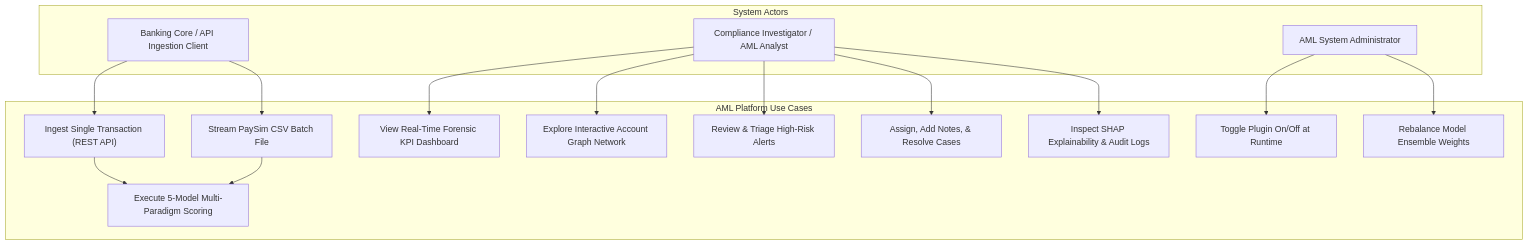
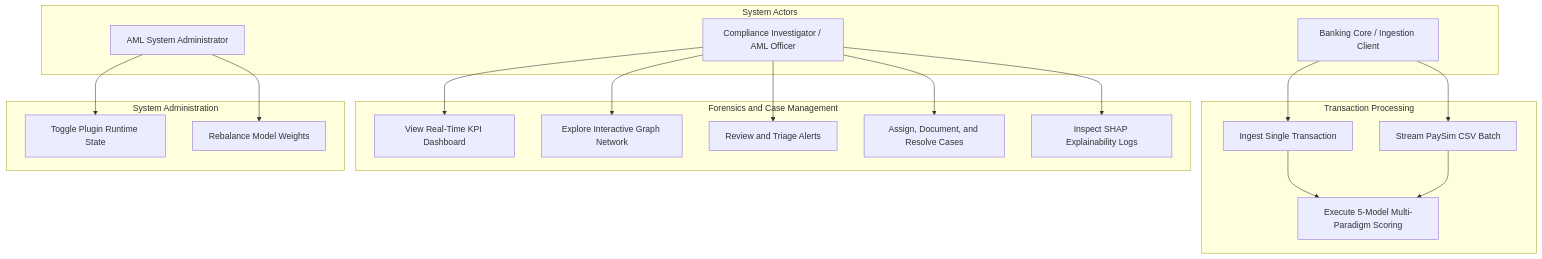
The tenth of 13 diagrams in documentation.md (BharathKumar113/anti_money_laundering), drawn with Mermaid before and after one commit. The commit also changed other lines of this file, not shown here.

Commit message:
fix(docs): resolve rich display render issues, sanitize Mermaid diagrams, and add visual layout cards

````diff
--- a/documentation.md
+++ b/documentation.md
@@ -537,26 +617,41 @@
 ```mermaid
 flowchart TD
     subgraph Actors["System Actors"]
-        Client["Banking Core / API Ingestion Client"]
-        Analyst["Compliance Investigator / AML Analyst"]
+        Client["Banking Core / Ingestion Client"]
+        Analyst["Compliance Investigator / AML Officer"]
         Admin["AML System Administrator"]
     end
 
-    subgraph Cases["AML Platform Use Cases"]
-        UC1["Ingest Single Transaction (REST API)"]
-        UC2["Stream PaySim CSV Batch File"]
+    subgraph TransactionsUC["Transaction Processing"]
+        UC1["Ingest Single Transaction"]
+        UC2["Stream PaySim CSV Batch"]
         UC3["Execute 5-Model Multi-Paradigm Scoring"]
-        UC4["View Real-Time Forensic KPI Dashboard"]
-        UC5["Explore Interactive Account Graph Network"]
-        UC6["Review & Triage High-Risk Alerts"]
-        UC7["Assign, Add Notes, & Resolve Cases"]
-        UC8["Toggle Plugin On/Off at Runtime"]
-        UC9["Rebalance Model Ensemble Weights"]
-        UC10["Inspect SHAP Explainability & Audit Logs"]
     end
 
-    Client --> UC1 & UC2
-    UC1 & UC2 --> UC3
-    Analyst --> UC4 & UC5 & UC6 & UC7 & UC10
-    Admin --> UC8 & UC9
+    subgraph ForensicsUC["Forensics and Case Management"]
+        UC4["View Real-Time KPI Dashboard"]
+        UC5["Explore Interactive Graph Network"]
+        UC6["Review and Triage Alerts"]
+        UC7["Assign, Document, and Resolve Cases"]
+        UC8["Inspect SHAP Explainability Logs"]
+    end
+
+    subgraph AdminUC["System Administration"]
+        UC9["Toggle Plugin Runtime State"]
+        UC10["Rebalance Model Weights"]
+    end
+
+    Client --> UC1
+    Client --> UC2
+    UC1 --> UC3
+    UC2 --> UC3
+
+    Analyst --> UC4
+    Analyst --> UC5
+    Analyst --> UC6
+    Analyst --> UC7
+    Analyst --> UC8
+
+    Admin --> UC9
+    Admin --> UC10
 ```
````
